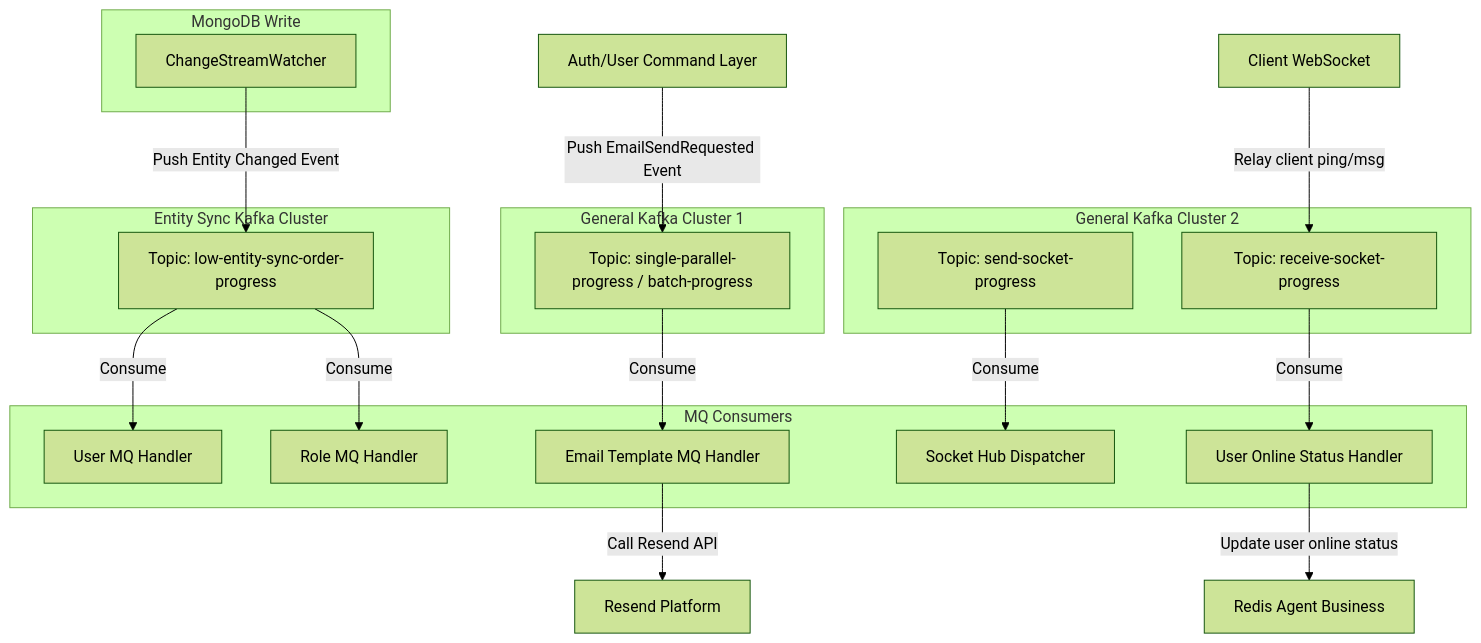
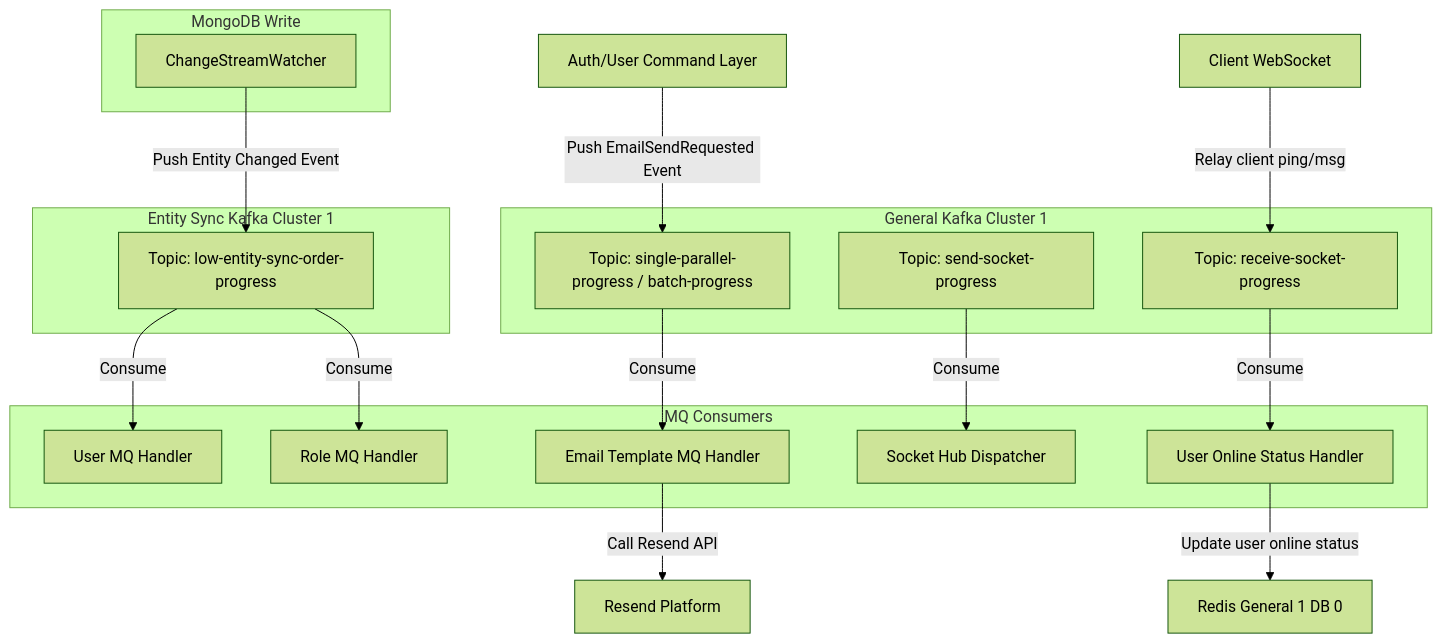
Before and after one commit to sowfkun/sowfkun-verse: the first of 2 diagrams in .agents/docs/INFRASTRUCTURE_DESIGN.md, drawn with Mermaid (forest theme). The commit also changed other lines of this file and 19 other files, not shown here.

````diff
--- a/.agents/docs/INFRASTRUCTURE_DESIGN.md
+++ b/.agents/docs/INFRASTRUCTURE_DESIGN.md
@@ -97,40 +93,37 @@
 ```mermaid
 graph TD
     subgraph MongoDB Write
         A[ChangeStreamWatcher]
     end
     
-    subgraph Entity Sync Kafka Cluster
+    subgraph Entity Sync Kafka Cluster 1
         TopicSync[Topic: low-entity-sync-order-progress]
     end
 
     subgraph General Kafka Cluster 1
         TopicGeneral[Topic: single-parallel-progress / batch-progress]
-    end
-
-    subgraph General Kafka Cluster 2
         TopicSend[Topic: send-socket-progress]
         TopicReceive[Topic: receive-socket-progress]
     end
     
     subgraph MQ Consumers
         UserConsumer[User MQ Handler]
         RoleConsumer[Role MQ Handler]
         EmailConsumer[Email Template MQ Handler]
         SocketSendConsumer[Socket Hub Dispatcher]
         SocketReceiveConsumer[User Online Status Handler]
     end
 
     A -->|Push Entity Changed Event| TopicSync
     TopicSync -->|Consume| UserConsumer
     TopicSync -->|Consume| RoleConsumer
     
     AuthCmd[Auth/User Command Layer] -->|Push EmailSendRequested Event| TopicGeneral
     TopicGeneral -->|Consume| EmailConsumer
     EmailConsumer -->|Call Resend API| ResendSDK[Resend Platform]
 
     TopicSend -->|Consume| SocketSendConsumer
     ClientWS[Client WebSocket] -->|Relay client ping/msg| TopicReceive
     TopicReceive -->|Consume| SocketReceiveConsumer
-    SocketReceiveConsumer -->|Update user online status| Redis[Redis Agent Business]
+    SocketReceiveConsumer -->|Update user online status| Redis[Redis General 1 DB 0]
 ```
````
